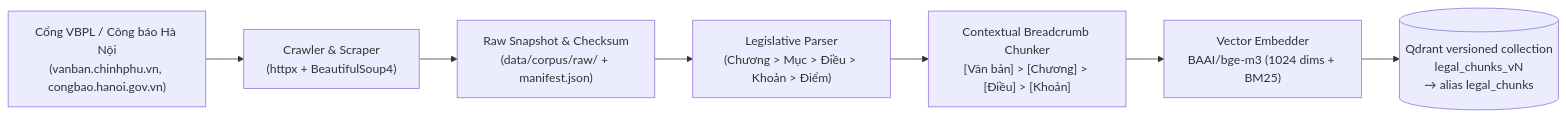
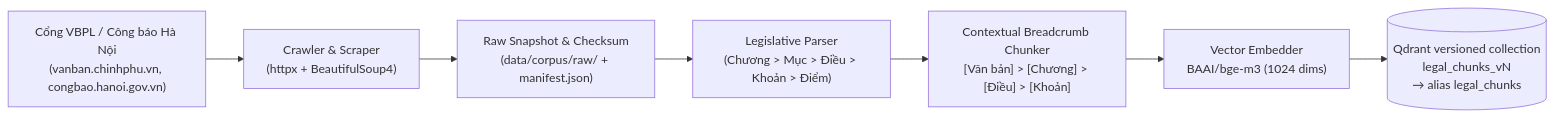
One commit to dovh25/agentic-rag-legal-qa-hanoi changed the third of 3 diagrams in docs/architecture/README.md. Above: the diagram before and after it, drawn with Mermaid. The commit also changed other lines of this file and 15 other files, not shown here.

````diff
--- a/docs/architecture/README.md
+++ b/docs/architecture/README.md
@@ -112,9 +112,9 @@
 ```mermaid
 flowchart LR
     A["Cổng VBPL / Công báo Hà Nội\n(vanban.chinhphu.vn, congbao.hanoi.gov.vn)"] --> B["Crawler & Scraper\n(httpx + BeautifulSoup4)"]
     B --> C["Raw Snapshot & Checksum\n(data/corpus/raw/ + manifest.json)"]
     C --> D["Legislative Parser\n(Chương > Mục > Điều > Khoản > Điểm)"]
     D --> E["Contextual Breadcrumb Chunker\n[Văn bản] > [Chương] > [Điều] > [Khoản]"]
-    E --> F["Vector Embedder\nBAAI/bge-m3 (1024 dims + BM25)"]
+    E --> F["Vector Embedder\nBAAI/bge-m3 (1024 dims)"]
     F --> G[("Qdrant versioned collection\nlegal_chunks_vN\n→ alias legal_chunks")]
 ```
````
